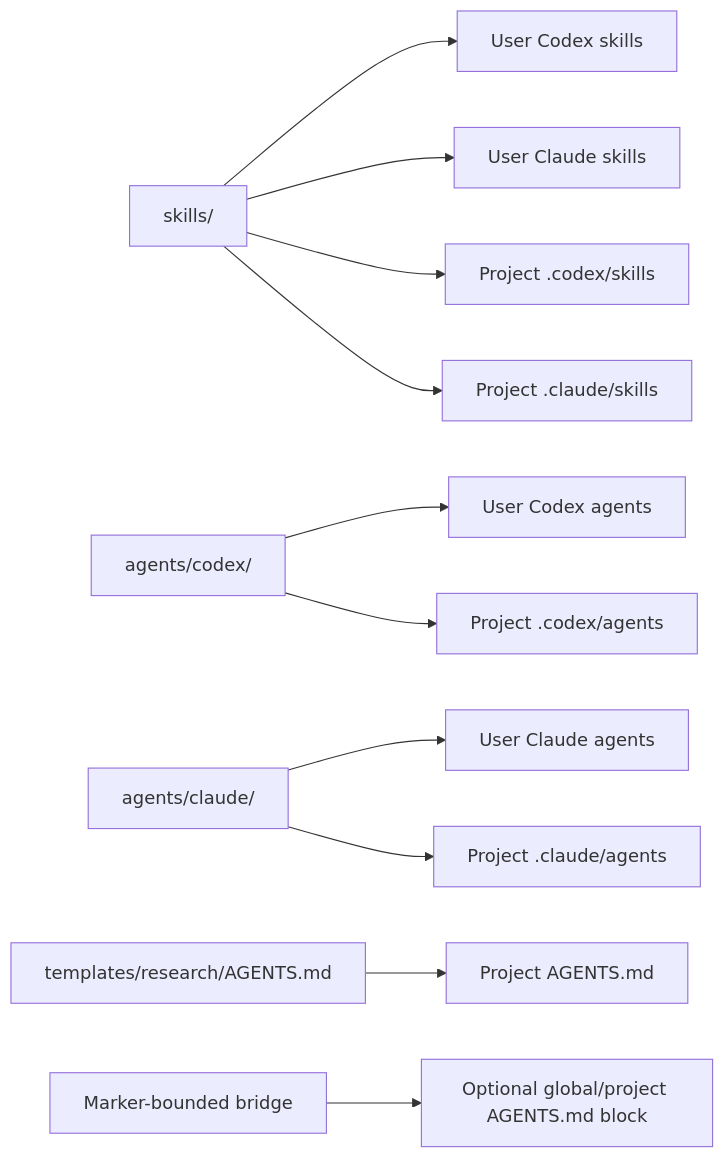
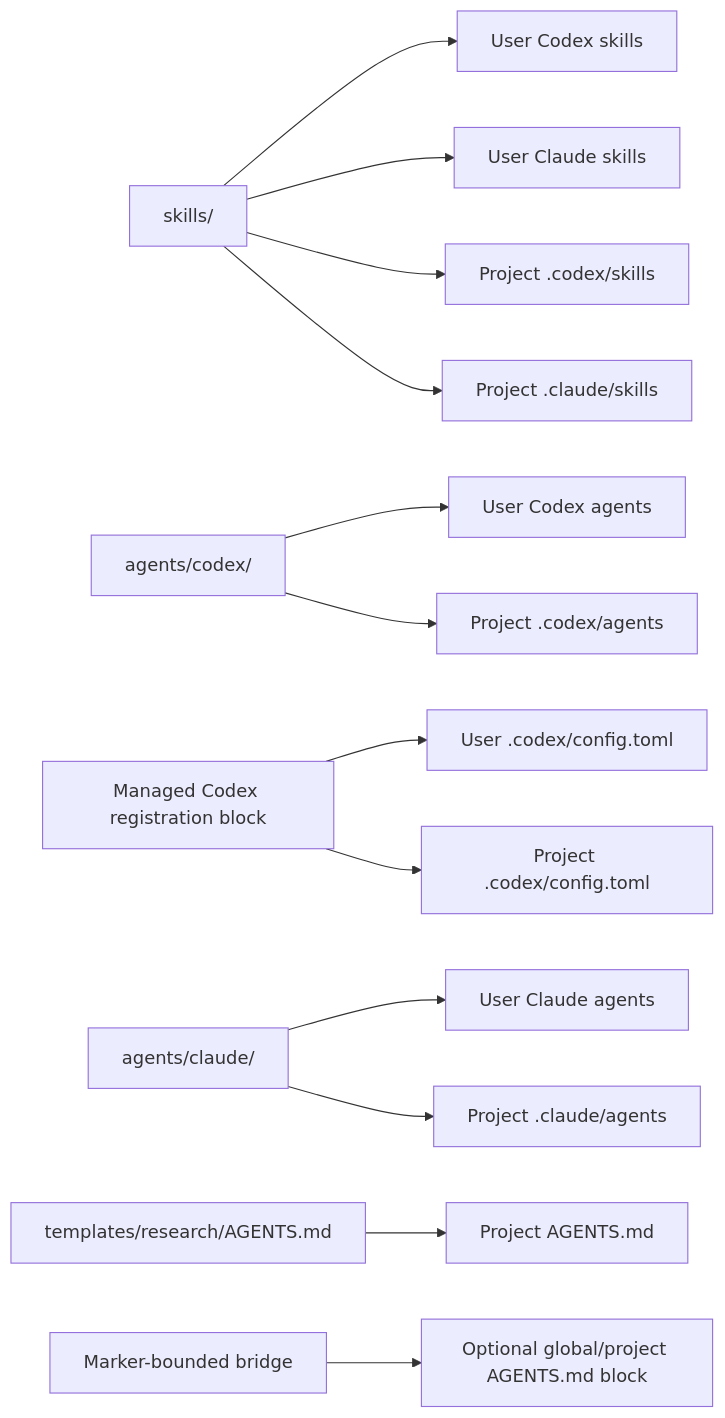
Before and after one commit to JooyoungPark73/coresearch: the second of 3 diagrams in DESIGN.md, drawn with Mermaid. The commit also changed other lines of this file and 5 other files, not shown here.

````diff
--- a/DESIGN.md
+++ b/DESIGN.md
@@ -188,13 +197,15 @@
 ```mermaid
 flowchart LR
     SS[skills/] --> UCS[User Codex skills]
     SS --> UHS[User Claude skills]
     SS --> PCS[Project .codex/skills]
     SS --> PHS[Project .claude/skills]
     CA[agents/codex/] --> UCA[User Codex agents]
     CA --> PCA[Project .codex/agents]
+    CM[Managed Codex registration block] --> UCC[User .codex/config.toml]
+    CM --> PCC[Project .codex/config.toml]
     HA[agents/claude/] --> UHA[User Claude agents]
     HA --> PHA[Project .claude/agents]
     T[templates/research/AGENTS.md] --> PA[Project AGENTS.md]
     B[Marker-bounded bridge] --> GA[Optional global/project AGENTS.md block]
 ```
````
